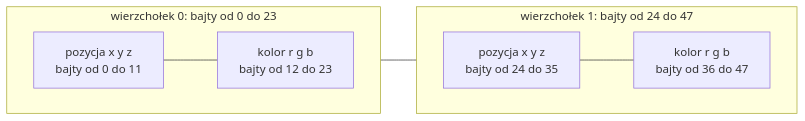
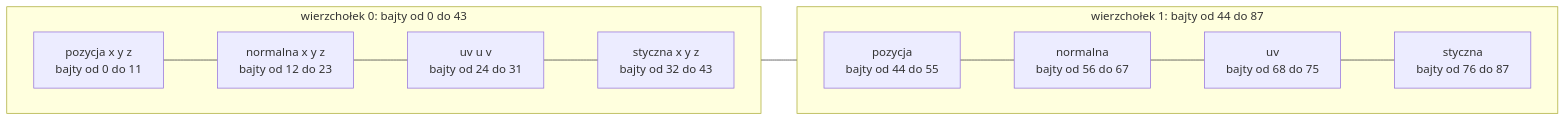
Before and after one commit to Shironex/night-maze: the first of 3 diagrams in docs/modules/gfx/buffers-vao.md, drawn with Mermaid. The commit also changed other lines of this file and 50 other files, not shown here.

````diff
--- a/docs/modules/gfx/buffers-vao.md
+++ b/docs/modules/gfx/buffers-vao.md
@@ -65,12 +68,12 @@
 ```mermaid
 flowchart LR
-    subgraph V0["wierzchołek 0: bajty od 0 do 23"]
+    subgraph V0["wierzchołek 0: bajty od 0 do 43"]
         direction LR
-        P0["pozycja x y z<br/>bajty od 0 do 11"] --- C0["kolor r g b<br/>bajty od 12 do 23"]
+        P0["pozycja x y z<br/>bajty od 0 do 11"] --- N0["normalna x y z<br/>bajty od 12 do 23"] --- U0["uv u v<br/>bajty od 24 do 31"] --- T0["styczna x y z<br/>bajty od 32 do 43"]
     end
-    subgraph V1["wierzchołek 1: bajty od 24 do 47"]
+    subgraph V1["wierzchołek 1: bajty od 44 do 87"]
         direction LR
-        P1["pozycja x y z<br/>bajty od 24 do 35"] --- C1["kolor r g b<br/>bajty od 36 do 47"]
+        P1["pozycja<br/>bajty od 44 do 55"] --- N1["normalna<br/>bajty od 56 do 67"] --- U1["uv<br/>bajty od 68 do 75"] --- T1["styczna<br/>bajty od 76 do 87"]
     end
     V0 --- V1
 ```
````
